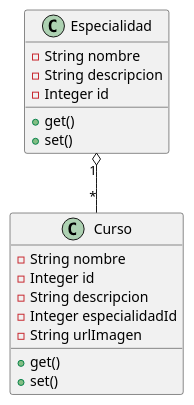
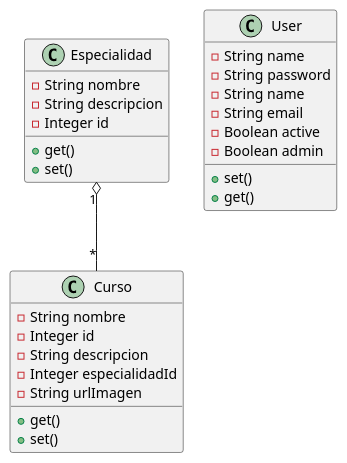
One commit to coscristian/Proyecto-App-Cursos changed the diagram in doc/modelo_datos.puml. Above: the diagram before and after it, drawn with PlantUML. The commit also changed 21 other files, not shown here.

```diff
--- a/doc/modelo_datos.puml
+++ b/doc/modelo_datos.puml
@@ -1,24 +1,35 @@
 @startuml
 
 class Especialidad {
     - String nombre
     - String descripcion
     - Integer id
     + get()
     + set()
 }
 
 class Curso {
     - String nombre
     - Integer id
     - String descripcion
     - Integer especialidadId
     - String urlImagen
     + get()
     + set()
 }
 
+class User {
+    - String name
+    - String password
+    - String name
+    - String email
+    - Boolean active
+    - Boolean admin
+    + set()
+    + get()
+}
+
 Especialidad "1" o-- "*" Curso
 
 
 @enduml
```
